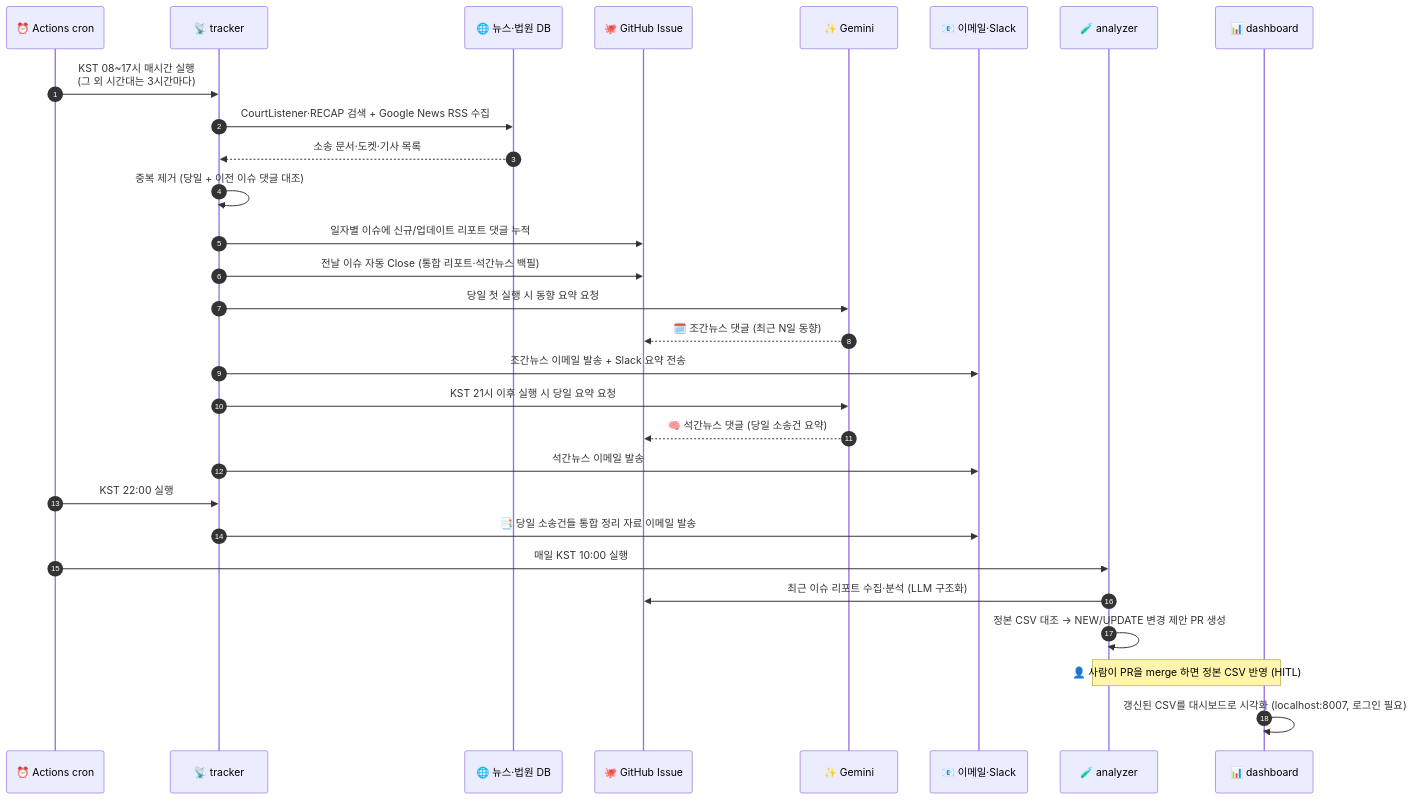
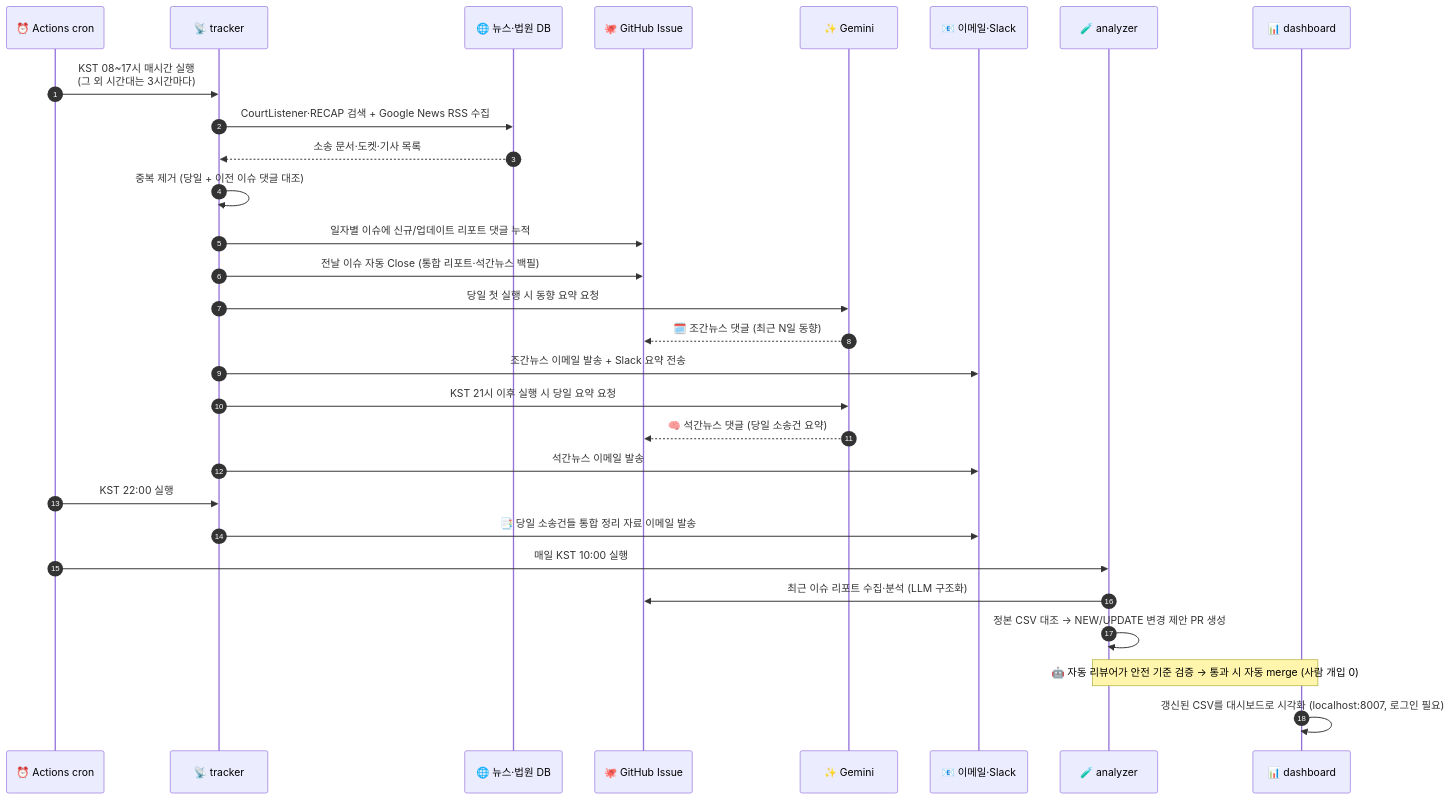
Before and after one commit to aigovsensing/ai-suit-sensing: the fourth of 4 diagrams in README.md, drawn with Mermaid. The commit also changed other lines of this file, not shown here.

````diff
--- a/README.md
+++ b/README.md
@@ -197,32 +246,32 @@
 ```mermaid
 sequenceDiagram
     autonumber
     participant CRON as ⏰ Actions cron
     participant T as 📡 tracker
     participant SRC as 🌐 뉴스·법원 DB
     participant GI as 🐙 GitHub Issue
     participant GM as ✨ Gemini
     participant N as 📧 이메일·Slack
     participant A as 🧪 analyzer
     participant D as 📊 dashboard
 
     CRON->>T: KST 08~17시 매시간 실행<br/>(그 외 시간대는 3시간마다)
     T->>SRC: CourtListener·RECAP 검색 + Google News RSS 수집
     SRC-->>T: 소송 문서·도켓·기사 목록
     T->>T: 중복 제거 (당일 + 이전 이슈 댓글 대조)
     T->>GI: 일자별 이슈에 신규/업데이트 리포트 댓글 누적
     T->>GI: 전날 이슈 자동 Close (통합 리포트·석간뉴스 백필)
     T->>GM: 당일 첫 실행 시 동향 요약 요청
     GM-->>GI: 🗓️ 조간뉴스 댓글 (최근 N일 동향)
     T->>N: 조간뉴스 이메일 발송 + Slack 요약 전송
     T->>GM: KST 21시 이후 실행 시 당일 요약 요청
     GM-->>GI: 🧠 석간뉴스 댓글 (당일 소송건 요약)
     T->>N: 석간뉴스 이메일 발송
     CRON->>T: KST 22:00 실행
     T->>N: 📑 당일 소송건들 통합 정리 자료 이메일 발송
     CRON->>A: 매일 KST 10:00 실행
     A->>GI: 최근 이슈 리포트 수집·분석 (LLM 구조화)
     A->>A: 정본 CSV 대조 → NEW/UPDATE 변경 제안 PR 생성
-    Note over A,D: 👤 사람이 PR을 merge 하면 정본 CSV 반영 (HITL)
+    Note over A,D: 🤖 자동 리뷰어가 안전 기준 검증 → 통과 시 자동 merge (사람 개입 0)
     D->>D: 갱신된 CSV를 대시보드로 시각화 (localhost:8007, 로그인 필요)
 ```
````
